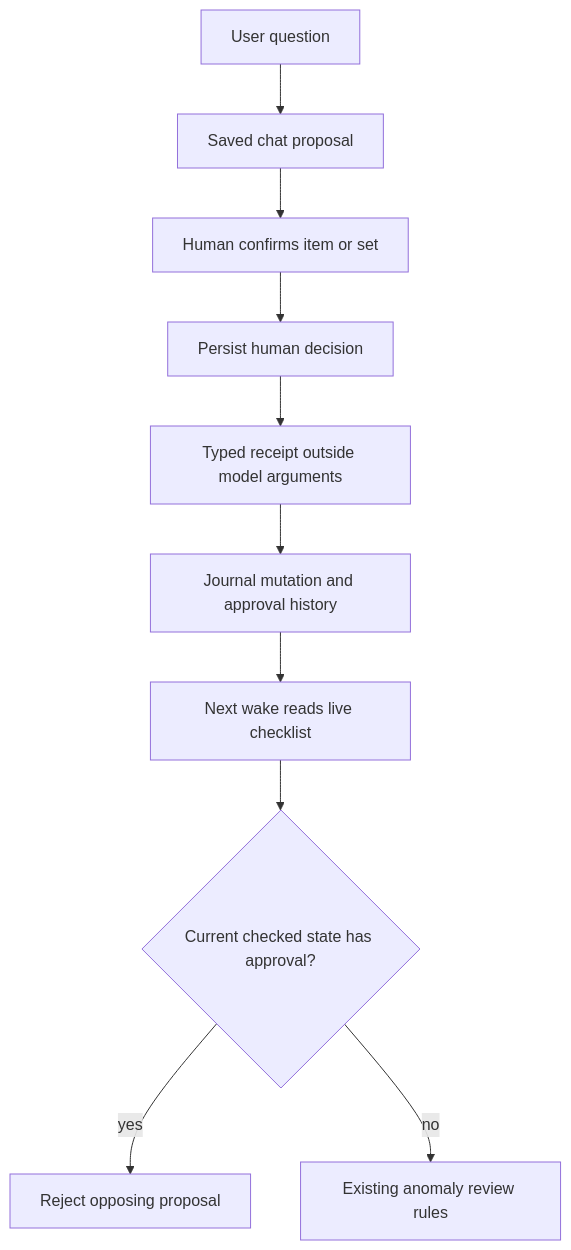
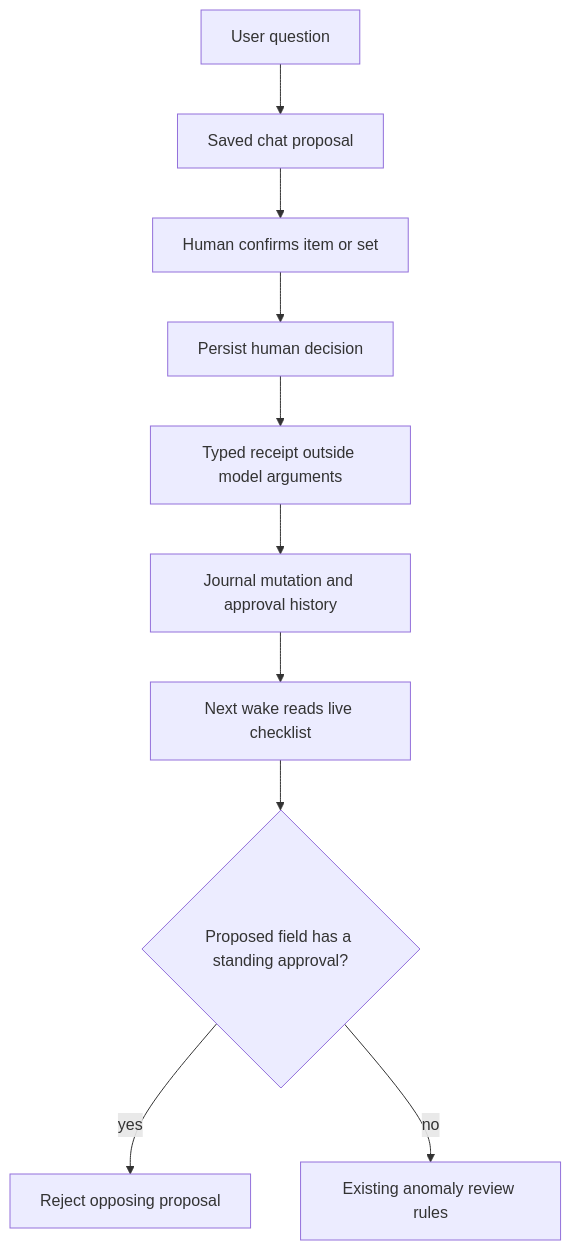
Before and after one commit to matthiasn/lotti: the sixth of 9 diagrams in knowledge/features/agents/task-agents.md, drawn with Mermaid. The commit also changed other lines of this file and 20 other files, not shown here.

````diff
--- a/knowledge/features/agents/task-agents.md
+++ b/knowledge/features/agents/task-agents.md
@@ -771,12 +787,12 @@
 ```mermaid
 flowchart TD
     Question[User question] --> Proposal[Saved chat proposal]
     Proposal --> Approval[Human confirms item or set]
     Approval --> Decision[Persist human decision]
     Decision --> Receipt[Typed receipt outside model arguments]
     Receipt --> Write[Journal mutation and approval history]
     Write --> Wake[Next wake reads live checklist]
-    Wake --> Protected{Current checked state has approval?}
+    Wake --> Protected{Proposed field has a standing approval?}
     Protected -->|yes| Reject[Reject opposing proposal]
     Protected -->|no| Review[Existing anomaly review rules]
 ```
````
